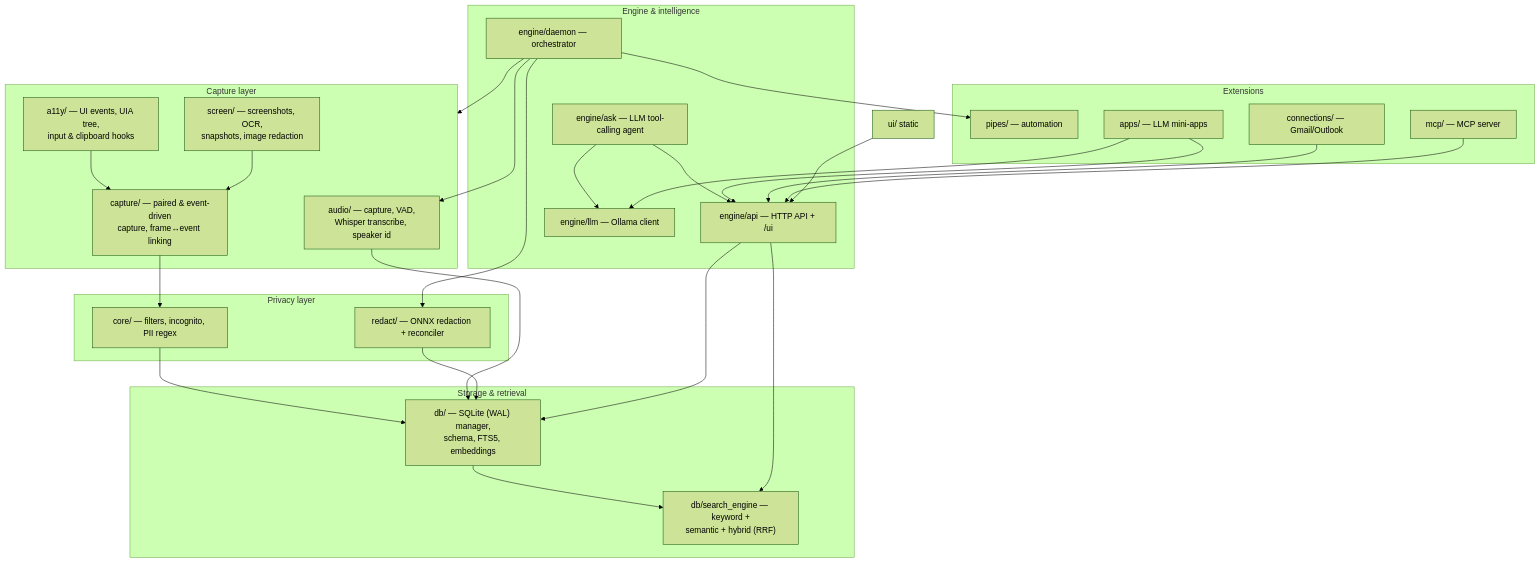
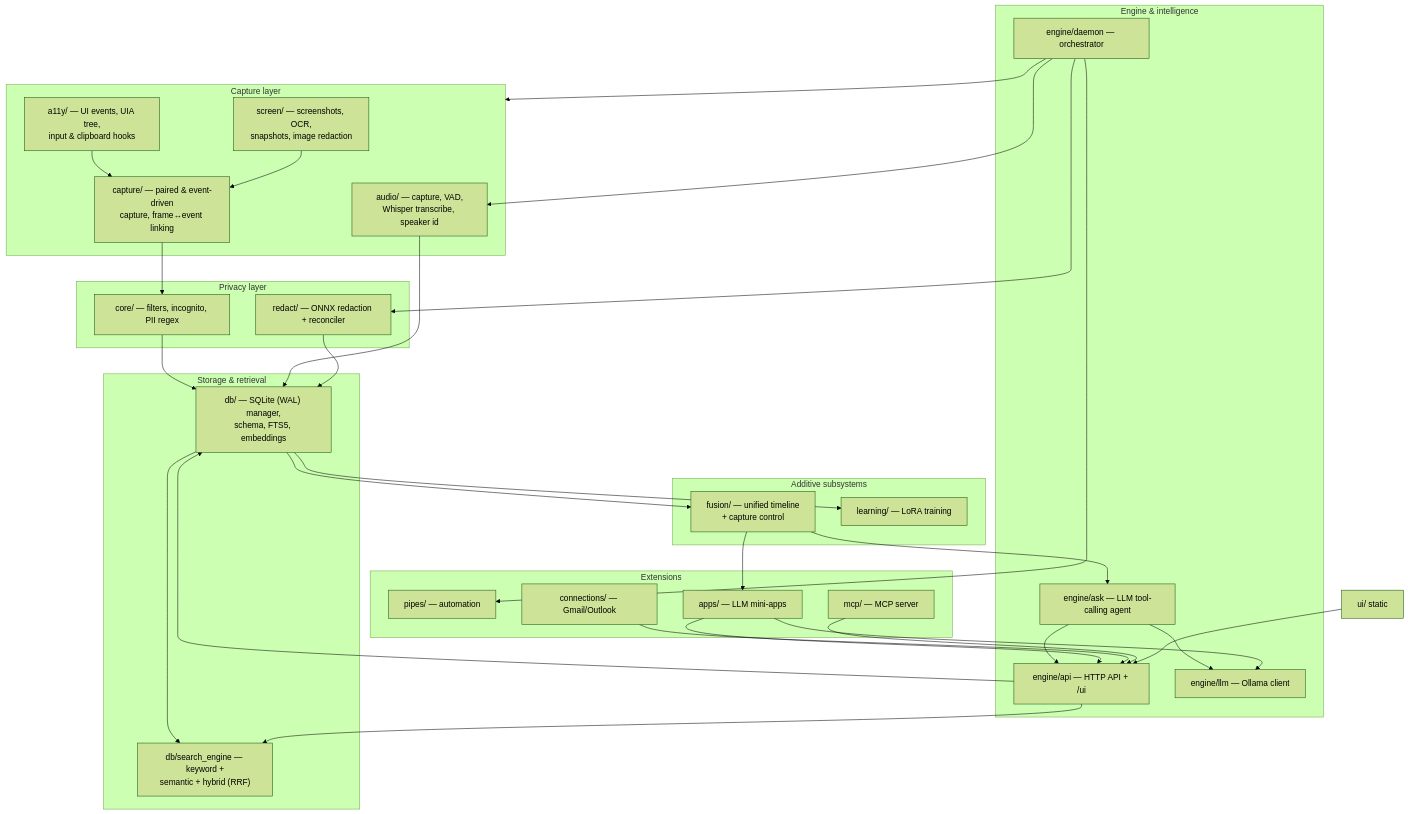
One commit to zhaohb/deskmate changed the diagram in docs/README.md. Above: the diagram before and after it, drawn with Mermaid (forest theme). The commit also changed other lines of this file and 41 other files, not shown here.

````diff
--- a/docs/README.md
+++ b/docs/README.md
@@ -15,53 +15,62 @@
 ```mermaid
 flowchart TB
     subgraph Capture["Capture layer"]
         A11Y["a11y/ — UI events, UIA tree,<br/>input & clipboard hooks"]
         SCREEN["screen/ — screenshots, OCR,<br/>snapshots, image redaction"]
         CAP["capture/ — paired & event-driven<br/>capture, frame↔event linking"]
         AUDIO["audio/ — capture, VAD,<br/>Whisper transcribe, speaker id"]
     end
 
     subgraph Privacy["Privacy layer"]
         CORE["core/ — filters, incognito, PII regex"]
         REDACT["redact/ — ONNX redaction + reconciler"]
     end
 
     subgraph Storage["Storage & retrieval"]
         DB["db/ — SQLite (WAL) manager,<br/>schema, FTS5, embeddings"]
         SEARCH["db/search_engine — keyword +<br/>semantic + hybrid (RRF)"]
     end
 
     subgraph Intelligence["Engine & intelligence"]
         DAEMON["engine/daemon — orchestrator"]
         API["engine/api — HTTP API + /ui"]
         ASK["engine/ask — LLM tool-calling agent"]
         LLM["engine/llm — Ollama client"]
     end
 
     subgraph Extend["Extensions"]
         PIPES["pipes/ — automation"]
         APPS["apps/ — LLM mini-apps"]
         CONN["connections/ — Gmail/Outlook"]
         MCP["mcp/ — MCP server"]
     end
 
+    subgraph Additive["Additive subsystems"]
+        FUSE["fusion/ — unified timeline<br/>+ capture control"]
+        LEARN["learning/ — LoRA training"]
+    end
+
     A11Y --> CAP
     SCREEN --> CAP
     CAP --> CORE --> DB
     AUDIO --> DB
     REDACT --> DB
     DB --> SEARCH
     DAEMON --> Capture
     DAEMON --> AUDIO
     DAEMON --> REDACT
     DAEMON --> PIPES
     API --> DB
     API --> SEARCH
     ASK --> API
     ASK --> LLM
     APPS --> API
     APPS --> LLM
     CONN --> API
     MCP --> API
     UI["ui/ static"] --> API
+    DB --> FUSE
+    FUSE --> ASK
+    FUSE --> APPS
+    DB --> LEARN
 ```
````
